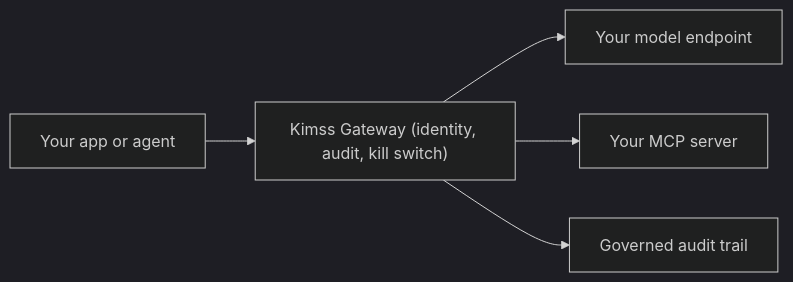
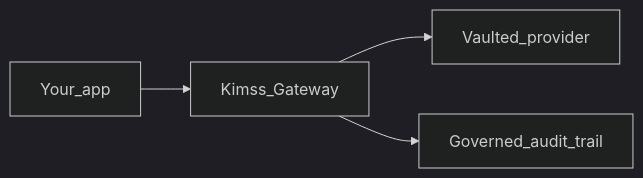
One commit to eyal81/kimss-python-quickstart changed the diagram in README.md. Above: the diagram before and after it, drawn with Mermaid (dark theme). The commit also changed other lines of this file and 6 other files, not shown here.

````diff
--- a/README.md
+++ b/README.md
@@ -26,7 +31,6 @@
 ```mermaid
 flowchart LR
-  App[Your app or agent] --> GW["Kimss Gateway (identity, audit, kill switch)"]
-  GW --> Model[Your model endpoint]
-  GW --> Mcp[Your MCP server]
-  GW --> Trail[Governed audit trail]
+  App[Your_app] --> GW["Kimss_Gateway"]
+  GW --> Model[Vaulted_provider]
+  GW --> Trail[Governed_audit_trail]
 ```
````
